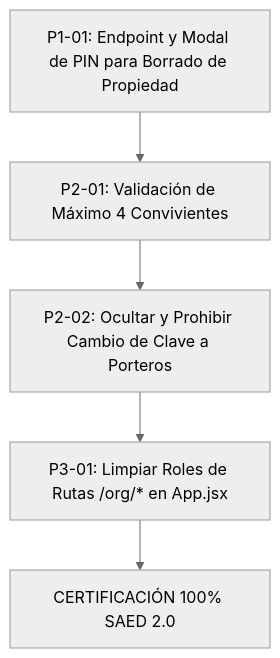
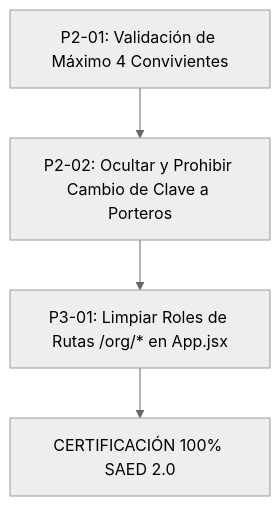
One commit to Sebasr0311/SAED changed the diagram in docs/SAED_MODEL_MASTER_IMPLEMENTATION_AUDIT.md. Above: the diagram before and after it, drawn with Mermaid (neutral theme). The commit also changed other lines of this file and 9 other files, not shown here.

````diff
--- a/docs/SAED_MODEL_MASTER_IMPLEMENTATION_AUDIT.md
+++ b/docs/SAED_MODEL_MASTER_IMPLEMENTATION_AUDIT.md
@@ -207,7 +217,6 @@
 ```mermaid
 flowchart TD
-    A["P1-01: Endpoint y Modal de PIN para Borrado de Propiedad"] --> B["P2-01: Validación de Máximo 4 Convivientes"]
-    B --> C["P2-02: Ocultar y Prohibir Cambio de Clave a Porteros"]
-    C --> D["P3-01: Limpiar Roles de Rutas /org/* en App.jsx"]
-    D --> E["CERTIFICACIÓN 100% SAED 2.0"]
+    A["P2-01: Validación de Máximo 4 Convivientes"] --> B["P2-02: Ocultar y Prohibir Cambio de Clave a Porteros"]
+    B --> C["P3-01: Limpiar Roles de Rutas /org/* en App.jsx"]
+    C --> D["CERTIFICACIÓN 100% SAED 2.0"]
 ```
````
